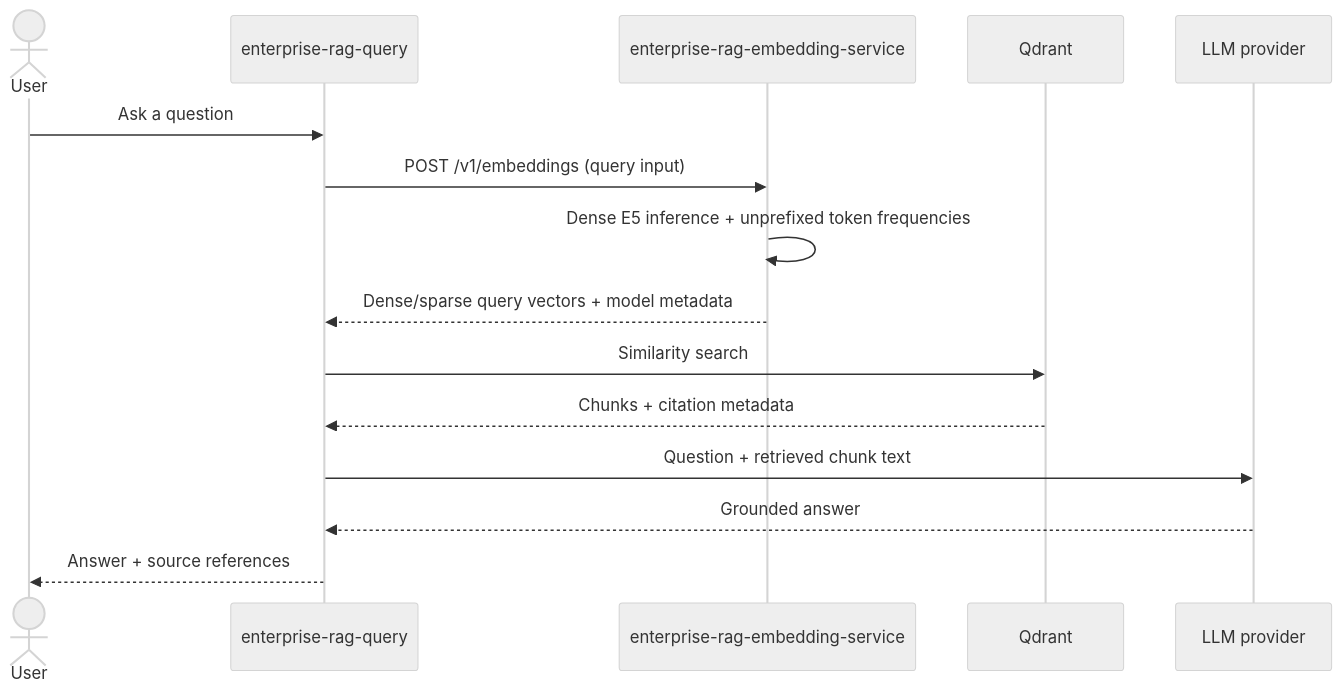
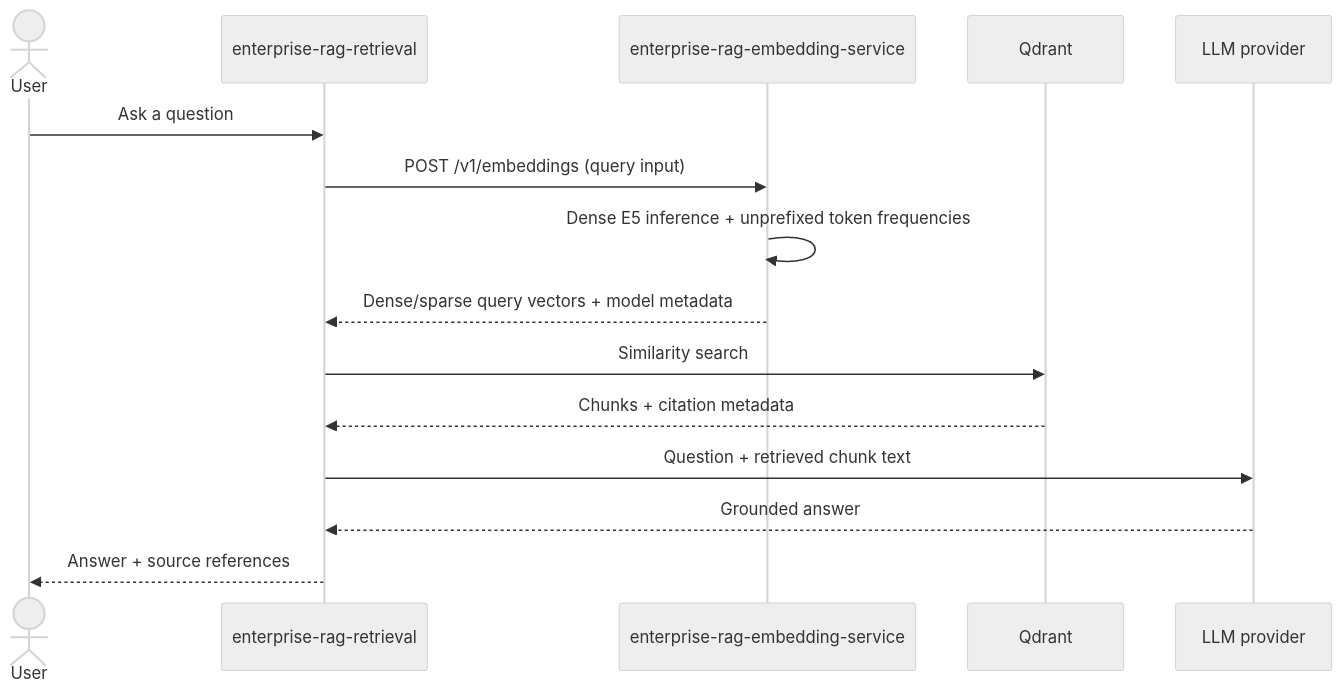
The third of 4 diagrams in README.md (tolga-kabadurmus/enterprise-rag-embedding-service), drawn with Mermaid (neutral theme) before and after one commit. The commit also changed other lines of this file and 1 other file, not shown here.

````diff
--- a/README.md
+++ b/README.md
@@ -81,18 +81,18 @@
 ```mermaid
 sequenceDiagram
     actor User
-    participant Q as enterprise-rag-query
+    participant Q as enterprise-rag-retrieval
     participant E as enterprise-rag-embedding-service
     participant V as Qdrant
     participant L as LLM provider
 
     User->>Q: Ask a question
     Q->>E: POST /v1/embeddings (query input)
     E->>E: Dense E5 inference + unprefixed token frequencies
     E-->>Q: Dense/sparse query vectors + model metadata
     Q->>V: Similarity search
     V-->>Q: Chunks + citation metadata
     Q->>L: Question + retrieved chunk text
     L-->>Q: Grounded answer
     Q-->>User: Answer + source references
 ```
````
